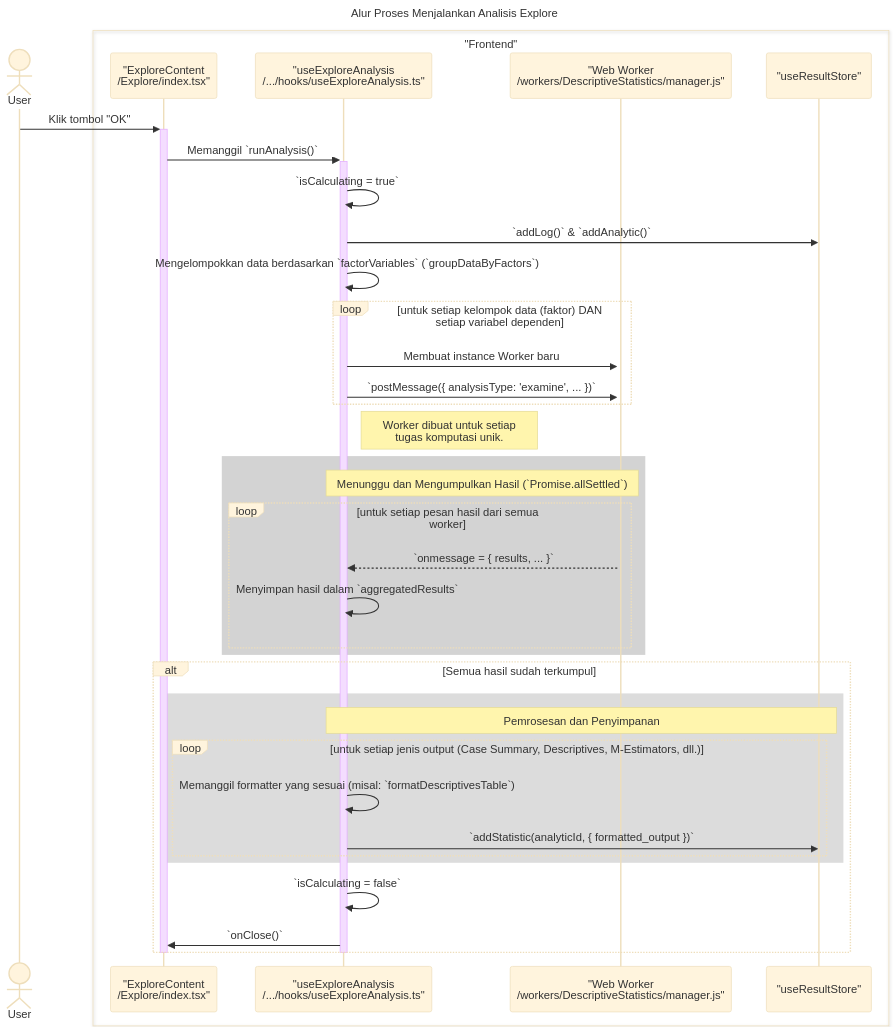
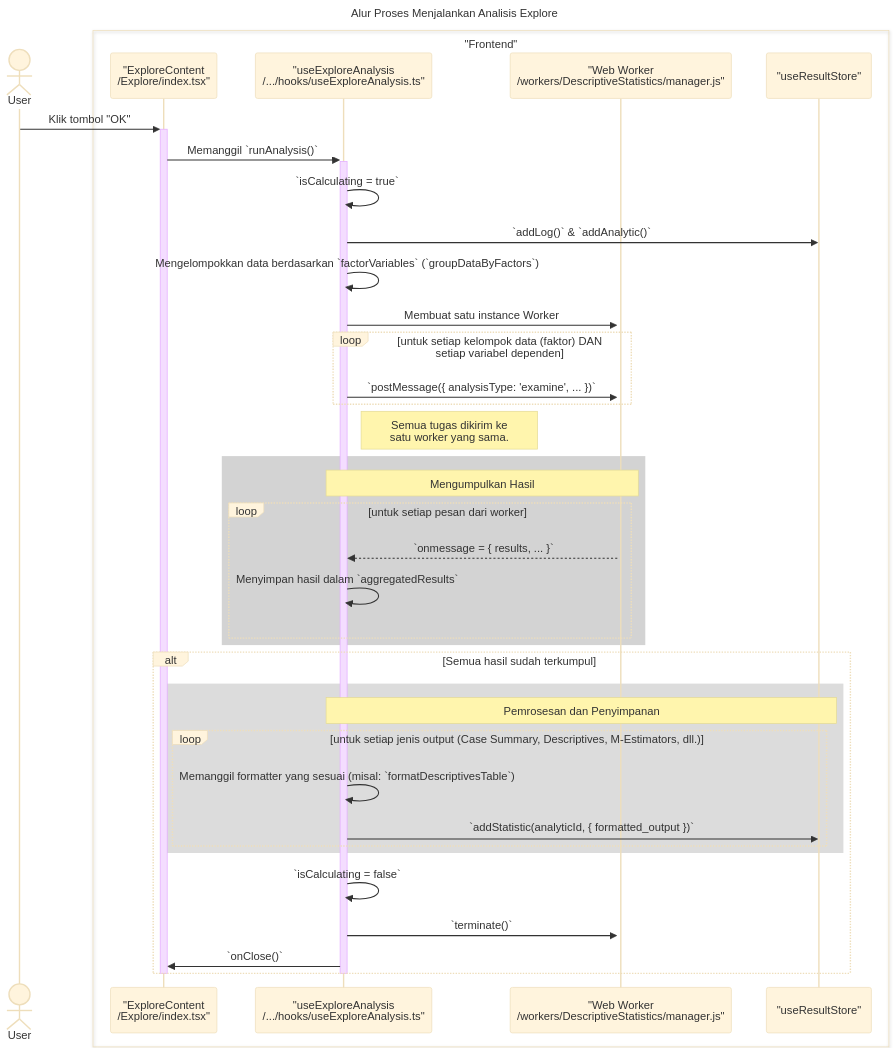
The second of 2 diagrams in frontend/docs/Sequence-Diagram/Descriptive/explore.md (wilskk/statify), drawn with Mermaid (base theme) before and after one commit. The commit also changed 25 other files, not shown here.

````diff
--- a/frontend/docs/Sequence-Diagram/Descriptive/explore.md
+++ b/frontend/docs/Sequence-Diagram/Descriptive/explore.md
@@ -47,50 +47,51 @@
 ```mermaid
 sequenceDiagram
     title: Alur Proses Menjalankan Analisis Explore
     actor User
 
     box "Frontend"
         participant View as "ExploreContent<br>/Explore/index.tsx"
         participant Hook as "useExploreAnalysis<br>/.../hooks/useExploreAnalysis.ts"
         participant Worker as "Web Worker<br>/workers/DescriptiveStatistics/manager.js"
         participant Store as "useResultStore"
     end
 
     User->>+View: Klik tombol "OK"
     View->>+Hook: Memanggil `runAnalysis()`
 
     Hook->>Hook: `isCalculating = true`
     Hook->>Store: `addLog()` & `addAnalytic()`
     Hook->>Hook: Mengelompokkan data berdasarkan `factorVariables` (`groupDataByFactors`)
+    Hook->>+Worker: Membuat satu instance Worker
 
     loop untuk setiap kelompok data (faktor) DAN setiap variabel dependen
-        Hook->>+Worker: Membuat instance Worker baru
         Hook->>Worker: `postMessage({ analysisType: 'examine', ... })`
     end
 
-    Note right of Hook: Worker dibuat untuk setiap<br/>tugas komputasi unik.
+    Note right of Hook: Semua tugas dikirim ke<br/>satu worker yang sama.
 
     rect rgb(211, 211, 211)
-    note over Hook, Worker: Menunggu dan Mengumpulkan Hasil (`Promise.allSettled`)
-    loop untuk setiap pesan hasil dari semua worker
+    note over Hook, Worker: Mengumpulkan Hasil
+    loop untuk setiap pesan dari worker
         Worker-->>Hook: `onmessage = { results, ... }`
         Hook->>Hook: Menyimpan hasil dalam `aggregatedResults`
     end
     end
 
     alt Semua hasil sudah terkumpul
         rect rgb(220, 220, 220)
         note over Hook, Store: Pemrosesan dan Penyimpanan
         
         loop untuk setiap jenis output (Case Summary, Descriptives, M-Estimators, dll.)
             Hook->>Hook: Memanggil formatter yang sesuai (misal: `formatDescriptivesTable`)
             Hook->>Store: `addStatistic(analyticId, { formatted_output })`
         end
         end
     
         Hook->>Hook: `isCalculating = false`
+        Hook->>Worker: `terminate()`
         Hook->>View: `onClose()`
     end
     deactivate Hook
     deactivate View
 ``` 
````
